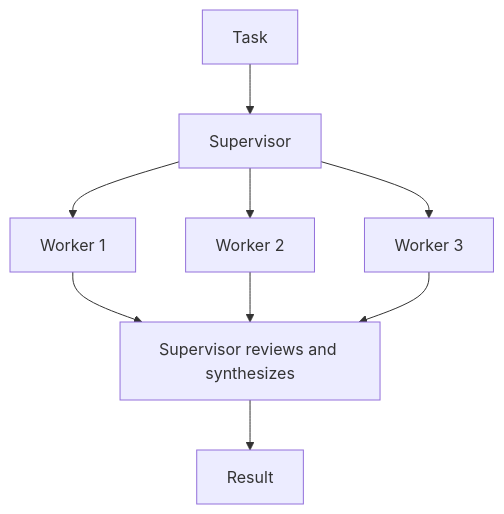
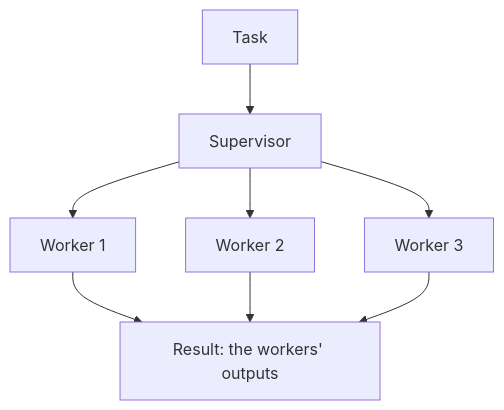
Before and after one commit to The-Swarm-Corporation/swarms-api-docs: the diagram in docs/documentation/multi-agent/hierarchical_swarm.mdx, drawn with Mermaid. The commit also changed other lines of this file and 99 other files, not shown here.

````diff
--- a/docs/documentation/multi-agent/hierarchical_swarm.mdx
+++ b/docs/documentation/multi-agent/hierarchical_swarm.mdx
@@ -20,11 +20,10 @@
 ```mermaid
 flowchart TD
     T["Task"] --> S["Supervisor"]
     S --> W1["Worker 1"]
     S --> W2["Worker 2"]
     S --> W3["Worker 3"]
-    W1 --> V["Supervisor reviews and synthesizes"]
-    W2 --> V
-    W3 --> V
-    V --> O["Result"]
+    W1 --> O["Result: the workers' outputs"]
+    W2 --> O
+    W3 --> O
 ```
````
